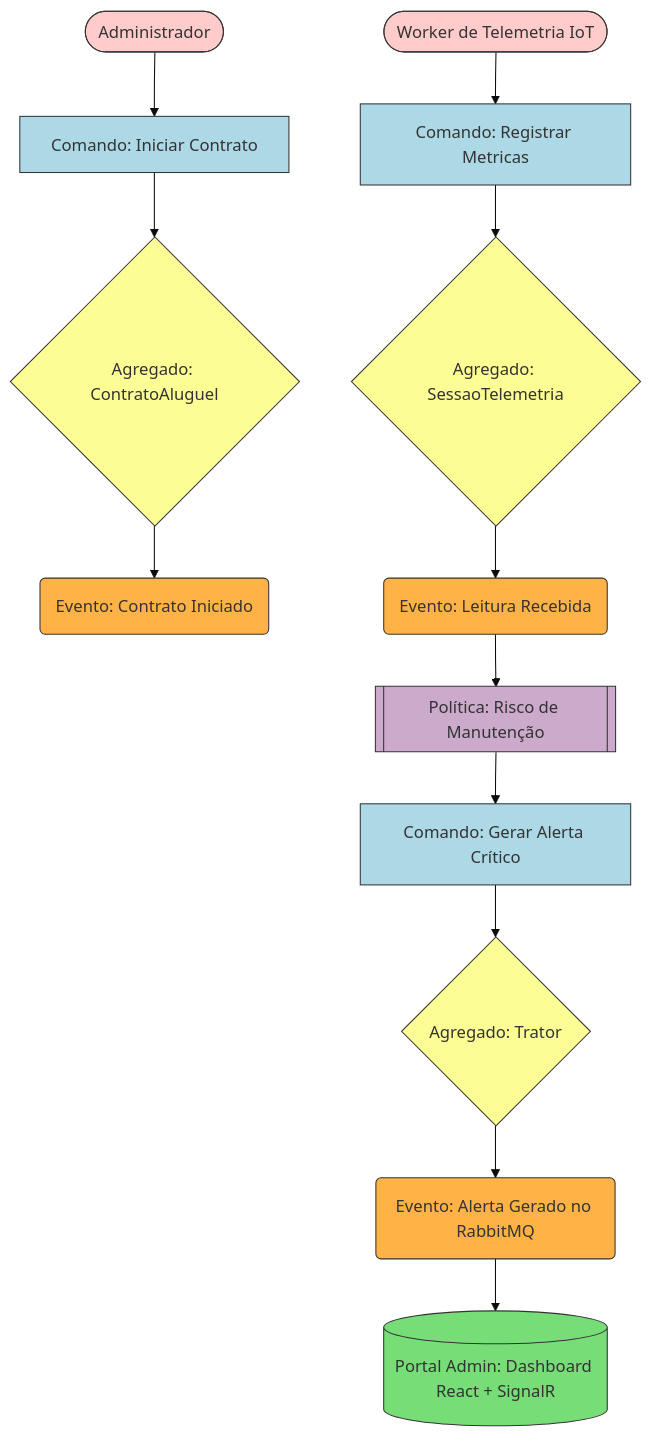
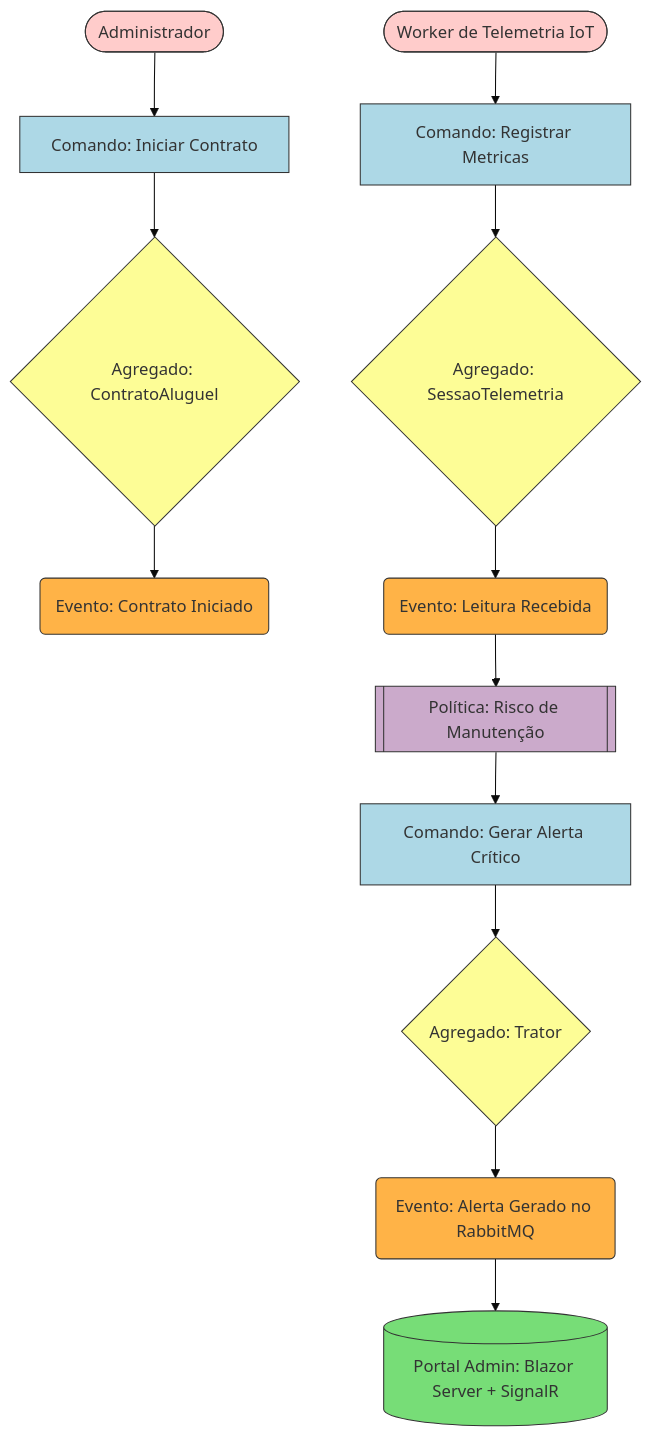
The diagram in README.md (LuizhBrandao/Sistema-de-Gestao-e-Aluguel-de-Tratores), drawn with Mermaid (base theme) before and after one commit. The commit also changed other lines of this file, not shown here.

Commit message:
docs: atualizar README com a arquitetura Aspire e Blazor

````diff
--- a/README.md
+++ b/README.md
@@ -153,32 +134,32 @@
 ```mermaid
 flowchart TD
     classDef command fill:#add8e6,stroke:#333,stroke-width:1px;
     classDef event fill:#ffb347,stroke:#333,stroke-width:1px;
     classDef aggregate fill:#fdfd96,stroke:#333,stroke-width:1px;
     classDef policy fill:#cbaacb,stroke:#333,stroke-width:1px;
     classDef readmodel fill:#77dd77,stroke:#333,stroke-width:1px;
     classDef actor fill:#ffcccb,stroke:#333,stroke-width:1px;
 
     %% Fluxo de Contrato
     Admin([Administrador]):::actor --> Cmd1
     Cmd1[Comando: Iniciar Contrato]:::command --> Agg1
     Agg1{Agregado: ContratoAluguel}:::aggregate --> Evt1
     Evt1(Evento: Contrato Iniciado):::event
 
     %% Fluxo de Telemetria IoT
     Sensor([Worker de Telemetria IoT]):::actor --> Cmd2
     Cmd2[Comando: Registrar Metricas]:::command --> Agg2
     Agg2{Agregado: SessaoTelemetria}:::aggregate --> Evt2
     Evt2(Evento: Leitura Recebida):::event
 
     %% Política e Reação (Arquitetura Reativa)
     Evt2 --> Pol1
     Pol1[[Política: Risco de Manutenção]]:::policy --> Cmd3
     Cmd3[Comando: Gerar Alerta Crítico]:::command --> Agg3
     Agg3{Agregado: Trator}:::aggregate --> Evt3
     Evt3(Evento: Alerta Gerado no RabbitMQ):::event
 
     %% Read Models / Interfaces Prontas
     Evt3 --> Read1
-    Read1[(Portal Admin: Dashboard React + SignalR)]:::readmodel
+    Read1[(Portal Admin: Blazor Server + SignalR)]:::readmodel
 ```
````
